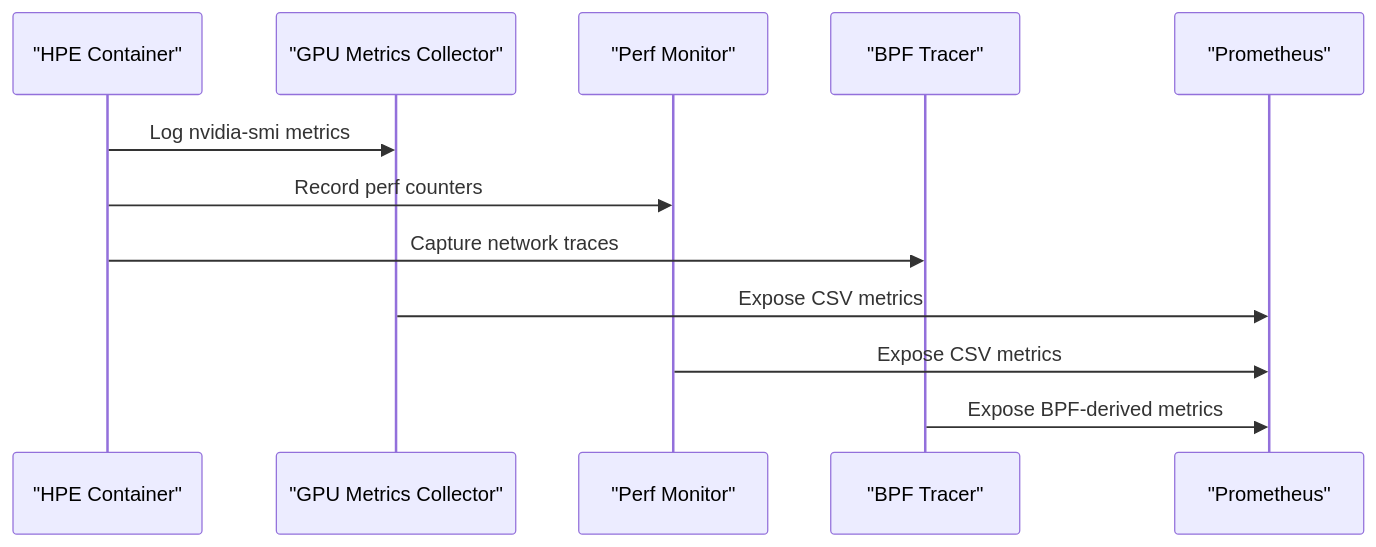
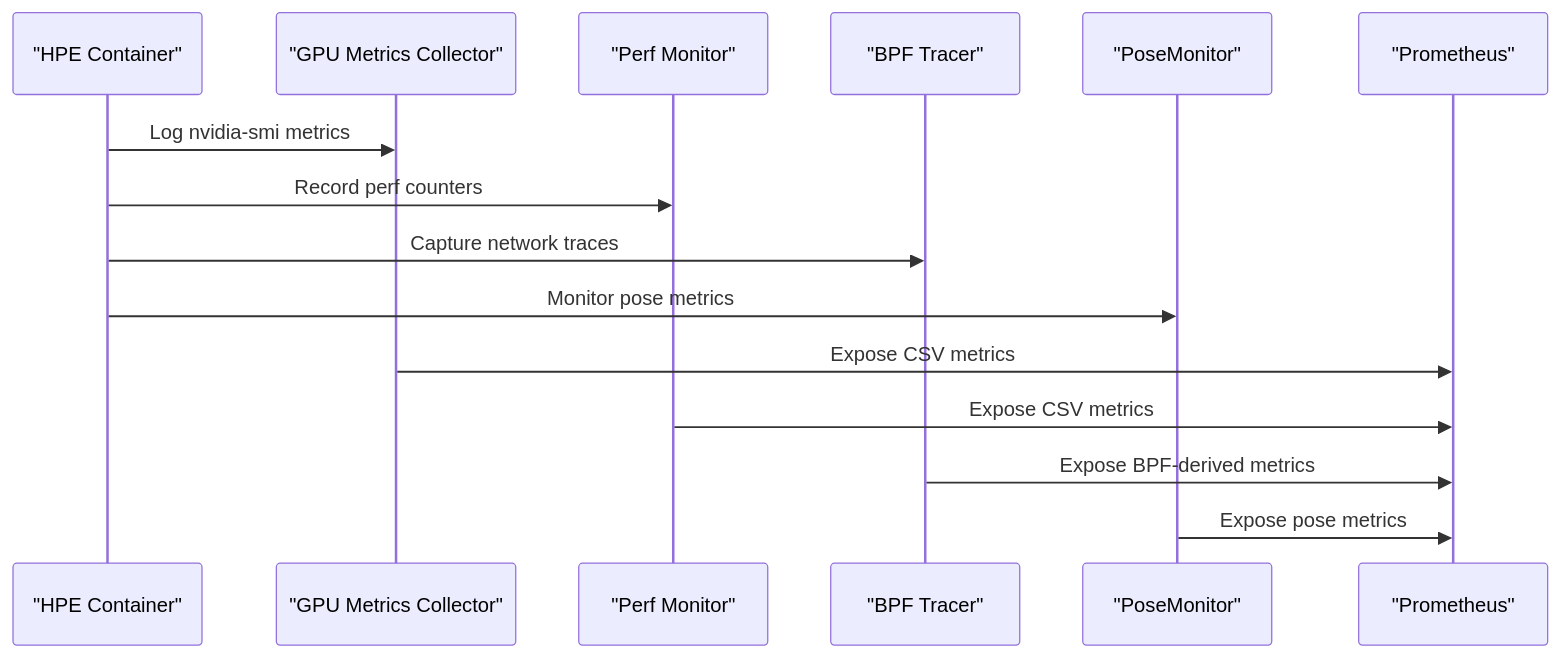
Before and after one commit to Fogus-Gr/MeasurementsDTs: the fourth of 6 diagrams in .qoder/repowiki/en/content/Deployment Infrastructure/Monitoring and Observability Stack.md, drawn with Mermaid. The commit also changed other lines of this file and 8 other files, not shown here.

````diff
--- a/.qoder/repowiki/en/content/Deployment Infrastructure/Monitoring and Observability Stack.md
+++ b/.qoder/repowiki/en/content/Deployment Infrastructure/Monitoring and Observability Stack.md
@@ -203,14 +245,17 @@
 ```mermaid
 sequenceDiagram
 participant HPE as "HPE Container"
 participant GPU as "GPU Metrics Collector"
 participant PERF as "Perf Monitor"
 participant BPF as "BPF Tracer"
+participant POSE as "PoseMonitor"
 participant PROM as "Prometheus"
 HPE->>GPU : Log nvidia-smi metrics
 HPE->>PERF : Record perf counters
 HPE->>BPF : Capture network traces
+HPE->>POSE : Monitor pose metrics
 GPU->>PROM : Expose CSV metrics
 PERF->>PROM : Expose CSV metrics
 BPF->>PROM : Expose BPF-derived metrics
+POSE->>PROM : Expose pose metrics
 ```
````
